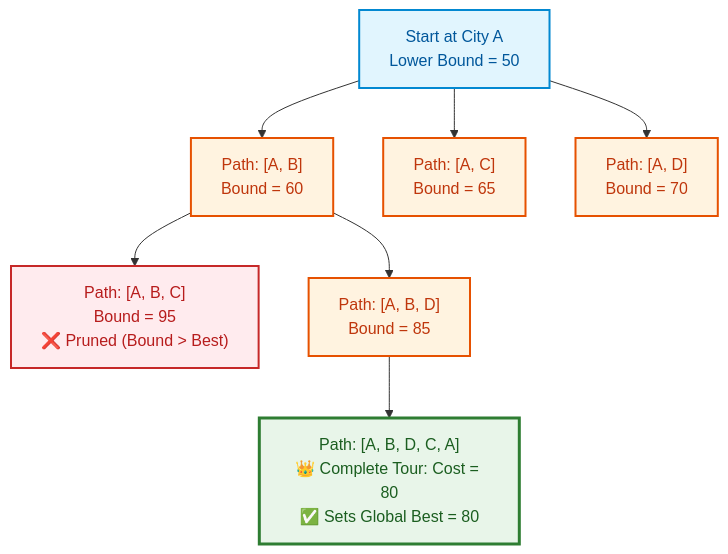
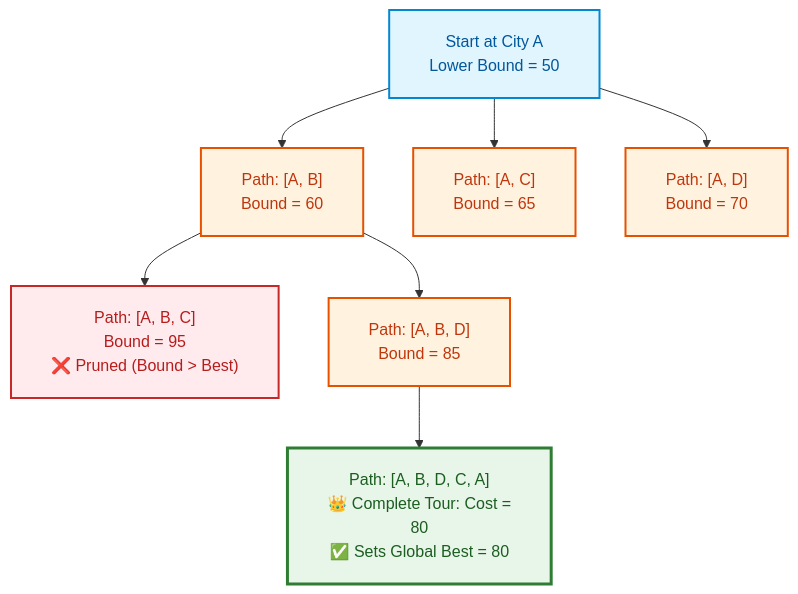
One commit to dip4k/DSA_102 changed the fourth of 5 diagrams in week_13_backtracking_and_branch_bound/Week_13_Visual_Concepts_Playbook_HYBRID.md. Above: the diagram before and after it, drawn with Mermaid. The commit also changed other lines of this file and 108 other files, not shown here.

First line of the commit message:
fix(mermaid): resolve diagram clipping, padding, and syntax issues across repo

````diff
--- a/week_13_backtracking_and_branch_bound/Week_13_Visual_Concepts_Playbook_HYBRID.md
+++ b/week_13_backtracking_and_branch_bound/Week_13_Visual_Concepts_Playbook_HYBRID.md
@@ -1273,27 +1276,28 @@
 ```mermaid
+%%{init: {"flowchart": {"htmlLabels": true, "padding": 20}}}%%
 graph TD
     classDef rootNode fill:#e1f5fe,stroke:#0288d1,stroke-width:2px,color:#01579b
     classDef activeNode fill:#fff3e0,stroke:#e65100,stroke-width:2px,color:#bf360c
     classDef prunedNode fill:#ffebee,stroke:#c62828,stroke-width:2px,color:#b71c1c
     classDef bestNode fill:#e8f5e9,stroke:#2e7d32,stroke-width:3px,color:#1b5e20
 
     Root["Start at City A<br/>Lower Bound = 50"]:::rootNode
 
     AB["Path: [A, B]<br/>Bound = 60"]:::activeNode
     AC["Path: [A, C]<br/>Bound = 65"]:::activeNode
     AD["Path: [A, D]<br/>Bound = 70"]:::activeNode
 
     Root --> AB
     Root --> AC
     Root --> AD
 
     ABC["Path: [A, B, C]<br/>Bound = 95<br/>❌ Pruned (Bound > Best)"]:::prunedNode
     ABD["Path: [A, B, D]<br/>Bound = 85"]:::activeNode
 
     AB --> ABC
     AB --> ABD
 
-    ABDC["Path: [A, B, D, C, A]<br/>👑 Complete Tour: Cost = 80<br/>✅ Sets Global Best = 80"]:::bestNode
+    ABDC["Path: [A, B, D, C, A]<br/>👑 Complete Tour: Cost =<br/>80<br/>✅ Sets Global Best = 80"]:::bestNode
 
     ABD --> ABDC
 ```
````
